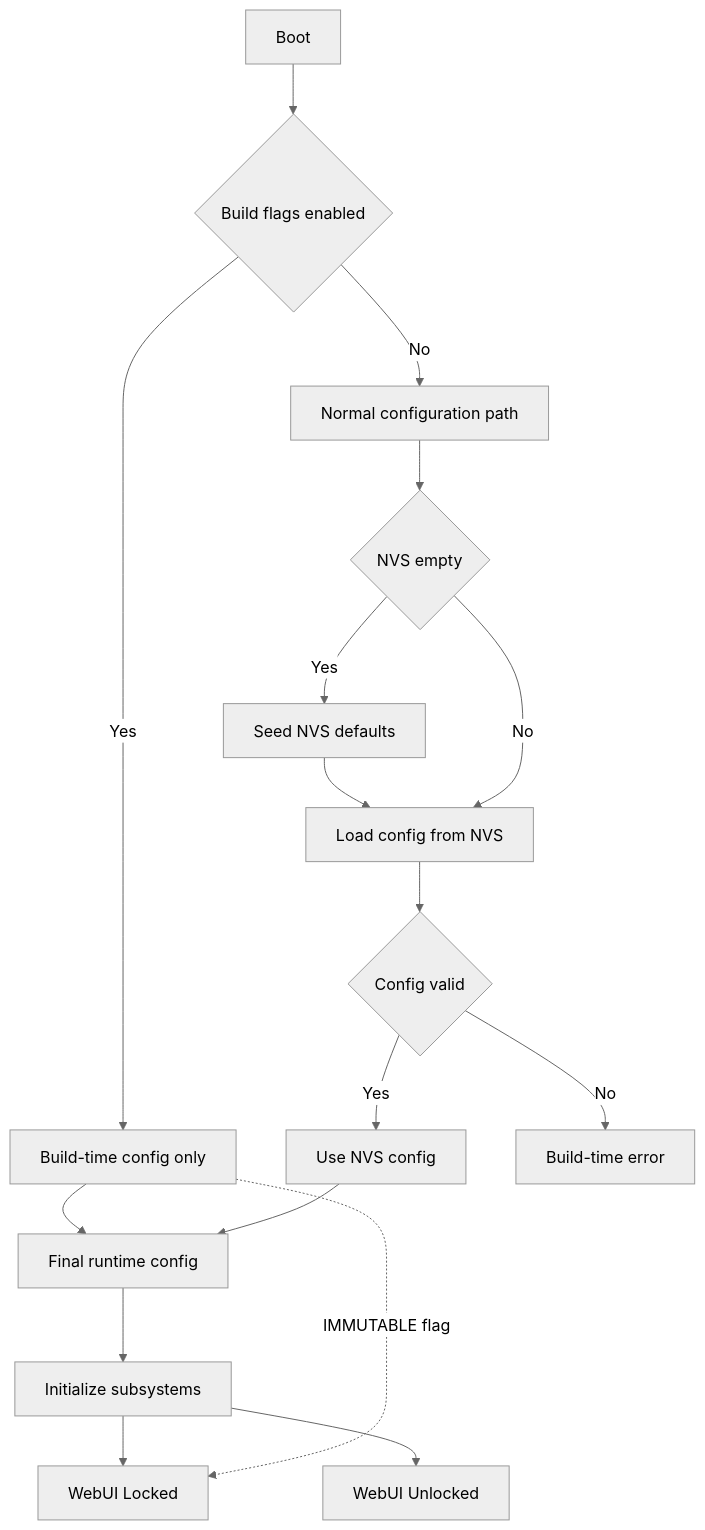
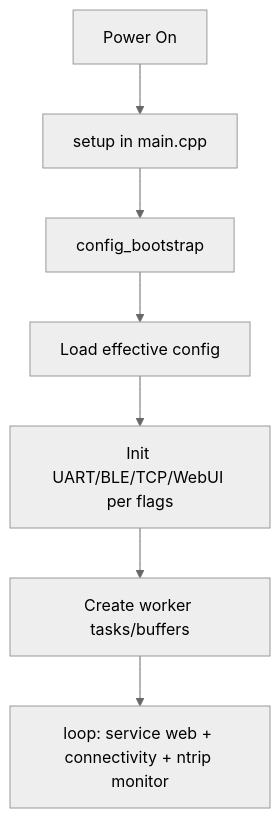
One commit to entr0-pi/gnss changed the second of 4 diagrams in docs/DIAGRAM.md. Above: the diagram before and after it, drawn with Mermaid (neutral theme). The commit also changed other lines of this file and 1 other file, not shown here.

````diff
--- a/docs/DIAGRAM.md
+++ b/docs/DIAGRAM.md
@@ -207,25 +62,9 @@
 ```mermaid
 flowchart TD
-  A[Boot] --> B{Build flags enabled}
-
-  B -- Yes --> C[Build-time config only]
-  C --> Z[Final runtime config]
-
-  B -- No --> D[Normal configuration path]
-  D --> E{NVS empty}
-  E -- Yes --> F[Seed NVS defaults]
-  F --> G[Load config from NVS]
-  E -- No --> G
-
-  G --> H{Config valid}
-  H -- Yes --> I[Use NVS config]
-  H -- No --> J[Build-time error]
-
-  I --> Z
-
-  Z --> M[Initialize subsystems]
-  M --> W1[WebUI Locked]
-  M --> W2[WebUI Unlocked]
-
-  C -.->|IMMUTABLE flag| W1
+  A[Power On] --> B[setup in main.cpp]
+  B --> C[config_bootstrap]
+  C --> D[Load effective config]
+  D --> E[Init UART/BLE/TCP/WebUI per flags]
+  E --> F[Create worker tasks/buffers]
+  F --> G[loop: service web + connectivity + ntrip monitor]
 ```
````
